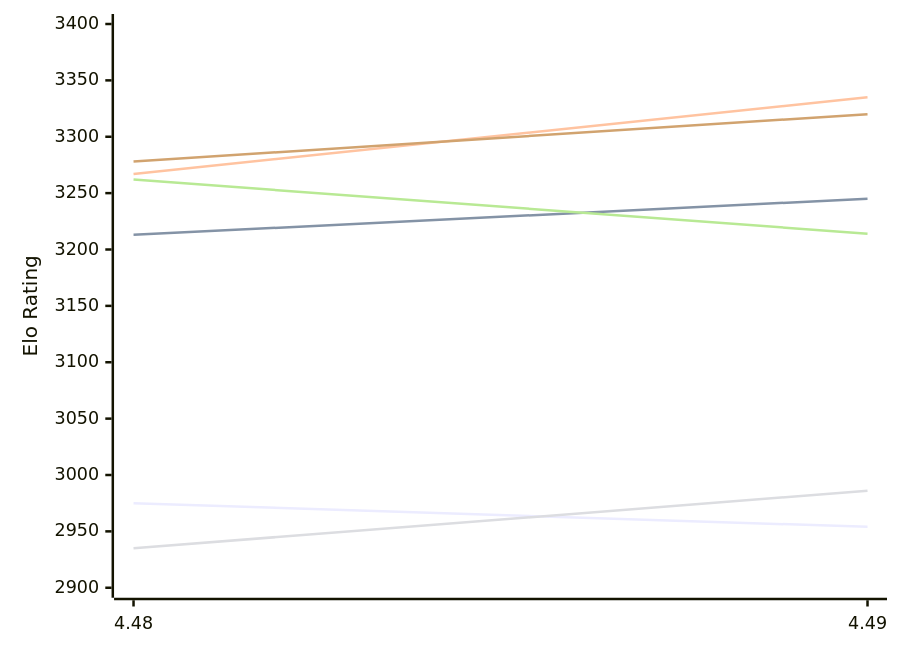
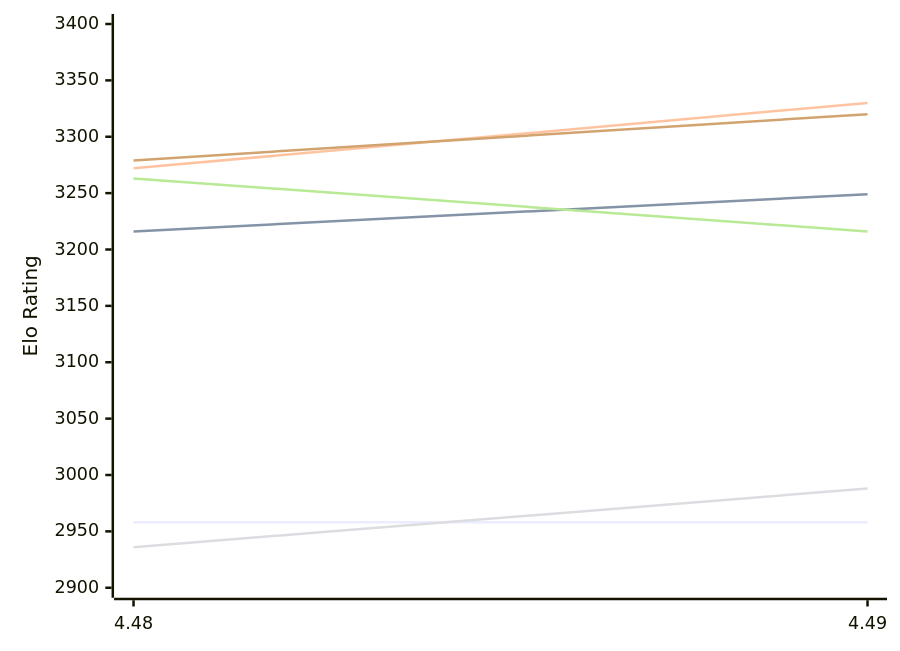
The first of 2 diagrams in engines/Cheng4.md (computer-chess-index/cci), drawn with Mermaid before and after one commit. The commit also changed other lines of this file, not shown here.

Commit message:
Update CCI Ratings (ELO VLTC) - 2026-11-27

````diff
--- a/engines/Cheng4.md
+++ b/engines/Cheng4.md
@@ -50,12 +50,12 @@
 ```mermaid
 %%{init: {"theme":"base","themeVariables":{"seriesColors:['#a3a3a3','#222221','#faa371']}}}%%
 xychart-beta
   x-axis ["4.48", "4.49"]
   y-axis "Elo Rating" 2900 --> 3400
-  line "E1: STC (8.0+0.08s)" [2975, 2954]
-  line "E1: LTC (60.0+0.60s)" [3213, 3245]
-  line "E1: VLTC (2m24s+1.12s)" [3267, 3335]
-  line "P1: STC (8.0+0.08s)" [2935, 2986]
-  line "P1: LTC (60.0+0.60s)" [3262, 3214]
-  line "P1: VLTC (2m24s+1.12s)" [3278, 3320]
+  line "E1: STC (8.0+0.08s)" [2958, 2958]
+  line "E1: LTC (60.0+0.60s)" [3216, 3249]
+  line "E1: VLTC (2m24s+1.12s)" [3272, 3330]
+  line "P1: STC (8.0+0.08s)" [2936, 2988]
+  line "P1: LTC (60.0+0.60s)" [3263, 3216]
+  line "P1: VLTC (2m24s+1.12s)" [3279, 3320]
 ```
````
